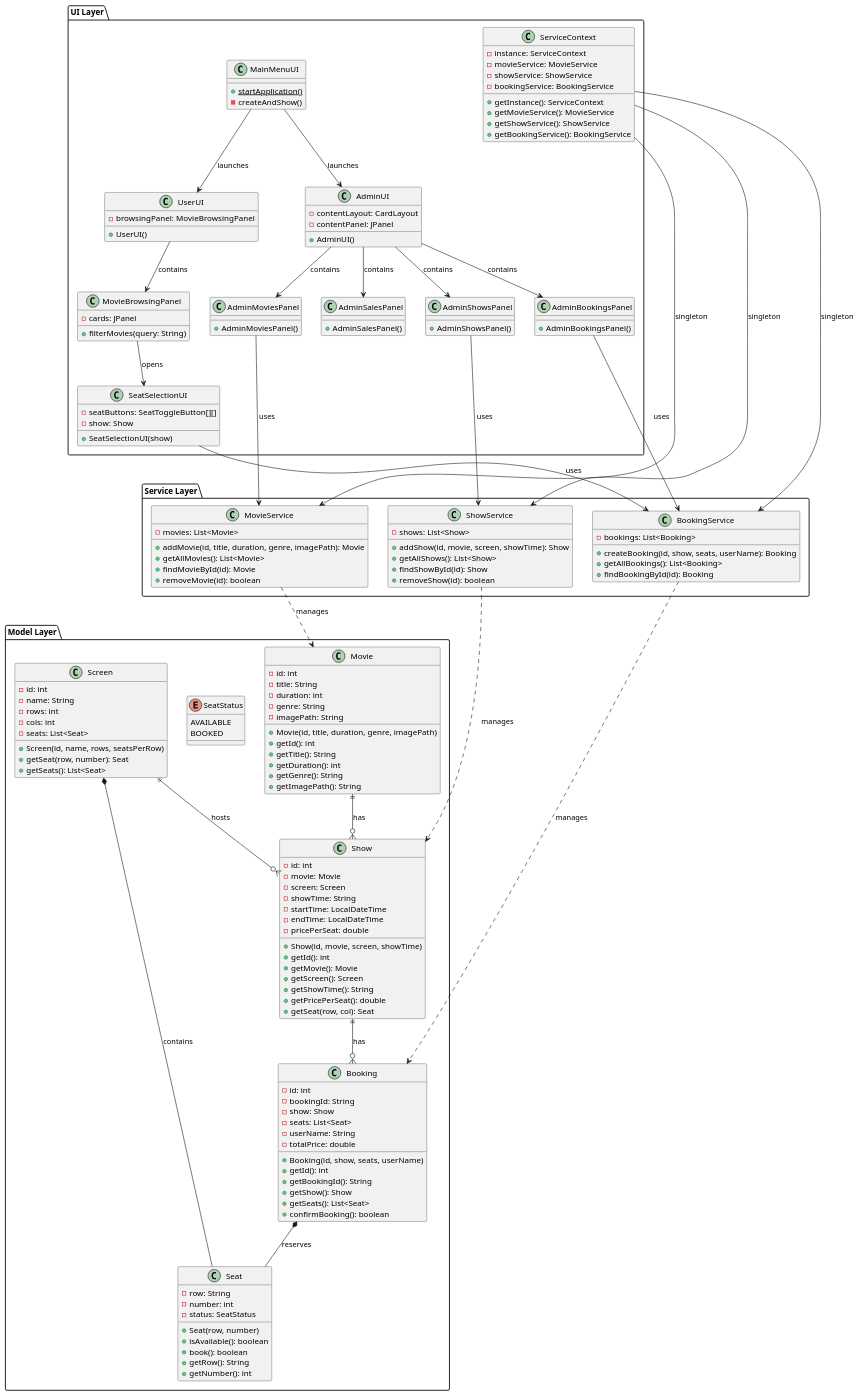
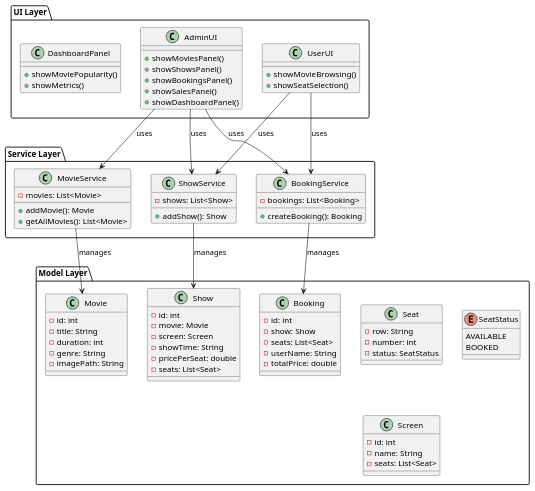
One commit to HgH7/cinema-scheduling-system changed the first of 4 diagrams in UML_DIAGRAMS.md. Above: the diagram before and after it, drawn with PlantUML. The commit also changed other lines of this file and 23 other files, not shown here.

````diff
--- a/UML_DIAGRAMS.md
+++ b/UML_DIAGRAMS.md
@@ -18,12 +12,6 @@
         - duration: int
         - genre: String
         - imagePath: String
-        + Movie(id, title, duration, genre, imagePath)
-        + getId(): int
-        + getTitle(): String
-        + getDuration(): int
-        + getGenre(): String
-        + getImagePath(): String
     }
 
     class Show {
@@ -31,42 +19,22 @@
         - movie: Movie
         - screen: Screen
         - showTime: String
-        - startTime: LocalDateTime
-        - endTime: LocalDateTime
         - pricePerSeat: double
-        + Show(id, movie, screen, showTime)
-        + getId(): int
-        + getMovie(): Movie
-        + getScreen(): Screen
-        + getShowTime(): String
-        + getPricePerSeat(): double
-        + getSeat(row, col): Seat
+        - seats: List<Seat>
     }
 
     class Booking {
         - id: int
-        - bookingId: String
         - show: Show
         - seats: List<Seat>
         - userName: String
         - totalPrice: double
-        + Booking(id, show, seats, userName)
-        + getId(): int
-        + getBookingId(): String
-        + getShow(): Show
-        + getSeats(): List<Seat>
-        + confirmBooking(): boolean
     }
 
     class Seat {
         - row: String
         - number: int
         - status: SeatStatus
-        + Seat(row, number)
-        + isAvailable(): boolean
-        + book(): boolean
-        + getRow(): String
-        + getNumber(): int
     }
 
     enum SeatStatus {
@@ -77,126 +45,56 @@
     class Screen {
         - id: int
         - name: String
-        - rows: int
-        - cols: int
         - seats: List<Seat>
-        + Screen(id, name, rows, seatsPerRow)
-        + getSeat(row, number): Seat
-        + getSeats(): List<Seat>
     }
 }
 
 package "Service Layer" {
     class MovieService {
         - movies: List<Movie>
-        + addMovie(id, title, duration, genre, imagePath): Movie
+        + addMovie(): Movie
         + getAllMovies(): List<Movie>
-        + findMovieById(id): Movie
-        + removeMovie(id): boolean
     }
 
     class ShowService {
         - shows: List<Show>
-        + addShow(id, movie, screen, showTime): Show
-        + getAllShows(): List<Show>
-        + findShowById(id): Show
-        + removeShow(id): boolean
+        + addShow(): Show
     }
 
     class BookingService {
         - bookings: List<Booking>
-        + createBooking(id, show, seats, userName): Booking
-        + getAllBookings(): List<Booking>
-        + findBookingById(id): Booking
+        + createBooking(): Booking
     }
 }
 
 package "UI Layer" {
-    class ServiceContext {
-        - instance: ServiceContext
-        - movieService: MovieService
-        - showService: ShowService
-        - bookingService: BookingService
-        + getInstance(): ServiceContext
-        + getMovieService(): MovieService
-        + getShowService(): ShowService
-        + getBookingService(): BookingService
-    }
-
-    class MainMenuUI {
-        + {static} startApplication()
-        - createAndShow()
+    class AdminUI {
+        + showMoviesPanel()
+        + showShowsPanel()
+        + showBookingsPanel()
+        + showSalesPanel()
+        + showDashboardPanel()
     }
 
     class UserUI {
-        - browsingPanel: MovieBrowsingPanel
-        + UserUI()
+        + showMovieBrowsing()
+        + showSeatSelection()
     }
 
-    class AdminUI {
-        - contentLayout: CardLayout
-        - contentPanel: JPanel
-        + AdminUI()
-    }
-
-    class MovieBrowsingPanel {
-        - cards: JPanel
-        + filterMovies(query: String)
-    }
-
-    class SeatSelectionUI {
-        - seatButtons: SeatToggleButton[][]
-        - show: Show
-        + SeatSelectionUI(show)
-    }
-
-    class AdminMoviesPanel {
-        + AdminMoviesPanel()
-    }
-
-    class AdminShowsPanel {
-        + AdminShowsPanel()
-    }
-
-    class AdminBookingsPanel {
-        + AdminBookingsPanel()
-    }
-
-    class AdminSalesPanel {
-        + AdminSalesPanel()
+    class DashboardPanel {
+        + showMoviePopularity()
+        + showMetrics()
     }
 }
 
-' Relationships
-Movie ||--o{ Show : has
-Screen ||--o{ Show : hosts
-Screen *-- Seat : contains
-Show ||--o{ Booking : has
-Booking *-- Seat : reserves
-
-MovieService ..> Movie : manages
-ShowService ..> Show : manages
-BookingService ..> Booking : manages
-
-ServiceContext --> MovieService : singleton
-ServiceContext --> ShowService : singleton
-ServiceContext --> BookingService : singleton
-
-MainMenuUI --> UserUI : launches
-MainMenuUI --> AdminUI : launches
-
-UserUI --> MovieBrowsingPanel : contains
-MovieBrowsingPanel --> SeatSelectionUI : opens
-
-AdminUI --> AdminMoviesPanel : contains
-AdminUI --> AdminShowsPanel : contains
-AdminUI --> AdminBookingsPanel : contains
-AdminUI --> AdminSalesPanel : contains
-
-SeatSelectionUI --> BookingService : uses
-AdminMoviesPanel --> MovieService : uses
-AdminShowsPanel --> ShowService : uses
-AdminBookingsPanel --> BookingService : uses
+MovieService --> Movie : manages
+ShowService --> Show : manages
+BookingService --> Booking : manages
+AdminUI --> MovieService : uses
+AdminUI --> ShowService : uses
+AdminUI --> BookingService : uses
+UserUI --> ShowService : uses
+UserUI --> BookingService : uses
 
 @enduml
 ```
````
